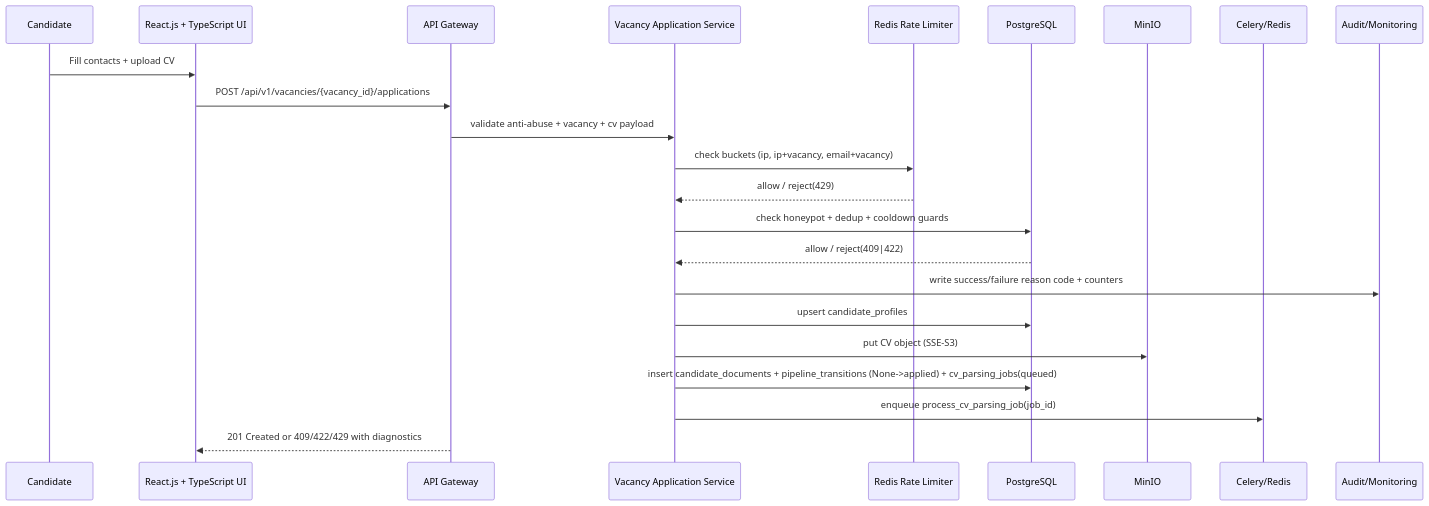
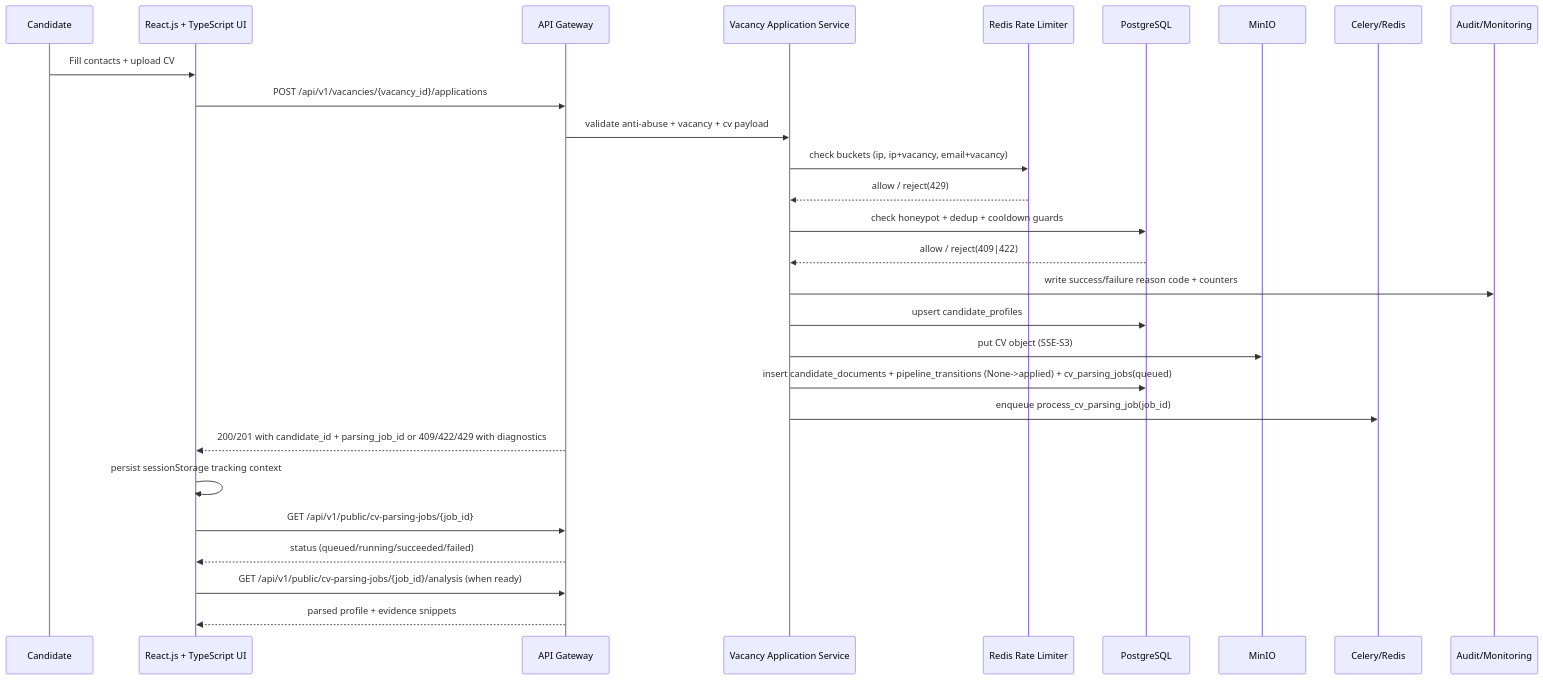
One commit to RubiFoc/hrm changed the seventh of 17 diagrams in docs/architecture/diagrams.md. Above: the diagram before and after it, drawn with Mermaid. The commit also changed other lines of this file and 39 other files, not shown here.

````diff
--- a/docs/architecture/diagrams.md
+++ b/docs/architecture/diagrams.md
@@ -233,26 +245,31 @@
 ```mermaid
 sequenceDiagram
   participant C as Candidate
   participant UI as React.js + TypeScript UI
   participant API as API Gateway
   participant VAC as Vacancy Application Service
   participant RL as Redis Rate Limiter
   participant DB as PostgreSQL
   participant OBJ as MinIO
   participant Q as Celery/Redis
   participant AUD as Audit/Monitoring
 
   C->>UI: Fill contacts + upload CV
   UI->>API: POST /api/v1/vacancies/{vacancy_id}/applications
   API->>VAC: validate anti-abuse + vacancy + cv payload
   VAC->>RL: check buckets (ip, ip+vacancy, email+vacancy)
   RL-->>VAC: allow / reject(429)
   VAC->>DB: check honeypot + dedup + cooldown guards
   DB-->>VAC: allow / reject(409|422)
   VAC->>AUD: write success/failure reason code + counters
   VAC->>DB: upsert candidate_profiles
   VAC->>OBJ: put CV object (SSE-S3)
   VAC->>DB: insert candidate_documents + pipeline_transitions (None->applied) + cv_parsing_jobs(queued)
   VAC->>Q: enqueue process_cv_parsing_job(job_id)
-  API-->>UI: 201 Created or 409/422/429 with diagnostics
+  API-->>UI: 200/201 with candidate_id + parsing_job_id or 409/422/429 with diagnostics
+  UI->>UI: persist sessionStorage tracking context
+  UI->>API: GET /api/v1/public/cv-parsing-jobs/{job_id}
+  API-->>UI: status (queued/running/succeeded/failed)
+  UI->>API: GET /api/v1/public/cv-parsing-jobs/{job_id}/analysis (when ready)
+  API-->>UI: parsed profile + evidence snippets
 ```
````
